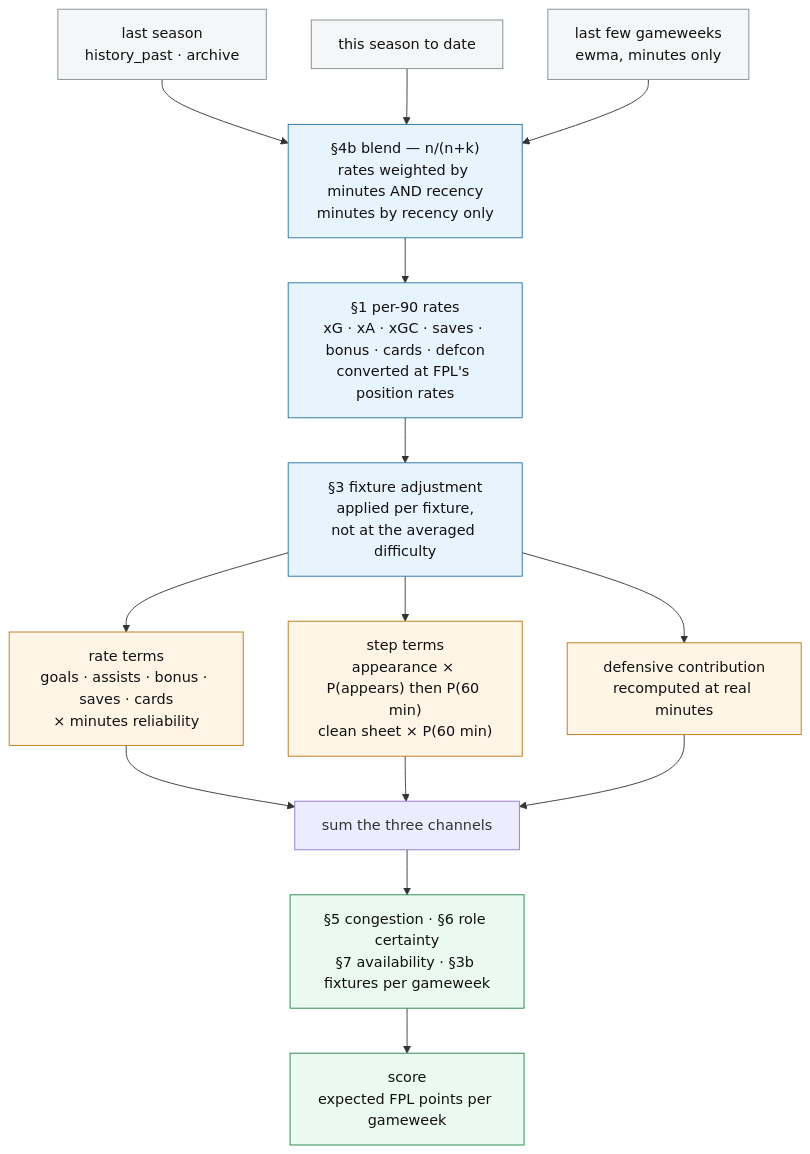
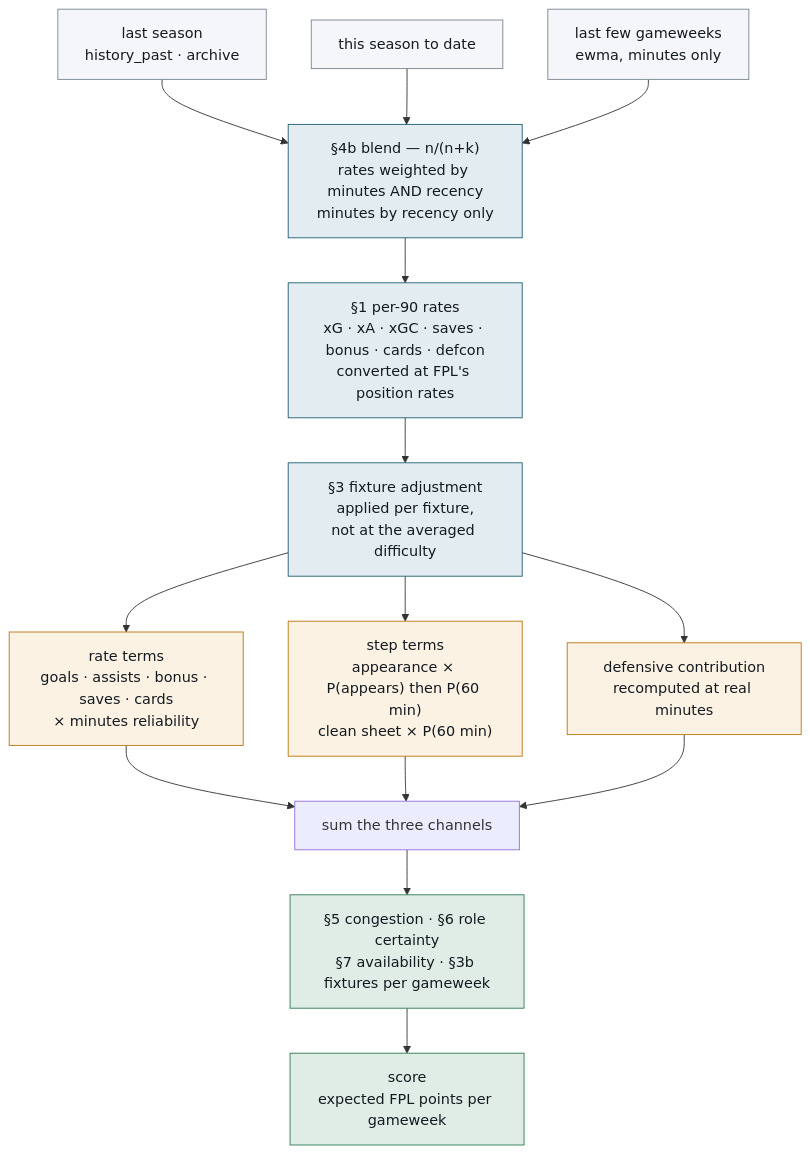
Before and after one commit to beeradb/FPL-Armband: the first of 7 diagrams in docs/model.md, drawn with Mermaid. The commit also changed other lines of this file and 12 other files, not shown here.

````diff
--- a/docs/model.md
+++ b/docs/model.md
@@ -66,41 +66,41 @@
 ```mermaid
 flowchart TB
     prior["last season<br/>history_past · archive"]
     curr["this season to date"]
     rec["last few gameweeks<br/>ewma, minutes only"]
 
     blend["§4b blend — n/(n+k)<br/>rates weighted by minutes AND recency<br/>minutes by recency only"]
     rates["§1 per-90 rates<br/>xG · xA · xGC · saves · bonus · cards · defcon<br/>converted at FPL's position rates"]
     fix["§3 fixture adjustment<br/>applied per fixture,<br/>not at the averaged difficulty"]
 
     rate["rate terms<br/>goals · assists · bonus · saves · cards<br/>× minutes reliability"]
     step["step terms<br/>appearance × P(appears) then P(60 min)<br/>clean sheet × P(60 min)"]
     dc["defensive contribution<br/>recomputed at real minutes"]
 
     sum["sum the three channels"]
     mult["§5 congestion · §6 role certainty<br/>§7 availability · §3b fixtures per gameweek"]
     score["score<br/>expected FPL points per gameweek"]
 
     prior --> blend
     curr --> blend
     rec --> blend
     blend --> rates
     rates --> fix
     fix --> rate
     fix --> step
     fix --> dc
     rate --> sum
     step --> sum
     dc --> sum
     sum --> mult
     mult --> score
 
-    classDef inp fill:#f4f6f7,stroke:#7f8c8d,color:#111
-    classDef core fill:#e8f4fd,stroke:#2471a3,color:#111
-    classDef pay fill:#fef5e7,stroke:#b9770e,color:#111
-    classDef out fill:#eafaf1,stroke:#1e8449,color:#111
+    classDef inp fill:#F4F6F9,stroke:#7A8791,color:#141A21
+    classDef core fill:#E3EDF1,stroke:#1F5F73,color:#141A21
+    classDef pay fill:#FBF2E3,stroke:#B9770E,color:#141A21
+    classDef out fill:#DFEDE6,stroke:#2F7A57,color:#141A21
     class prior,curr,rec inp
     class blend,rates,fix core
     class rate,step,dc pay
     class mult,score out
 ```
````
